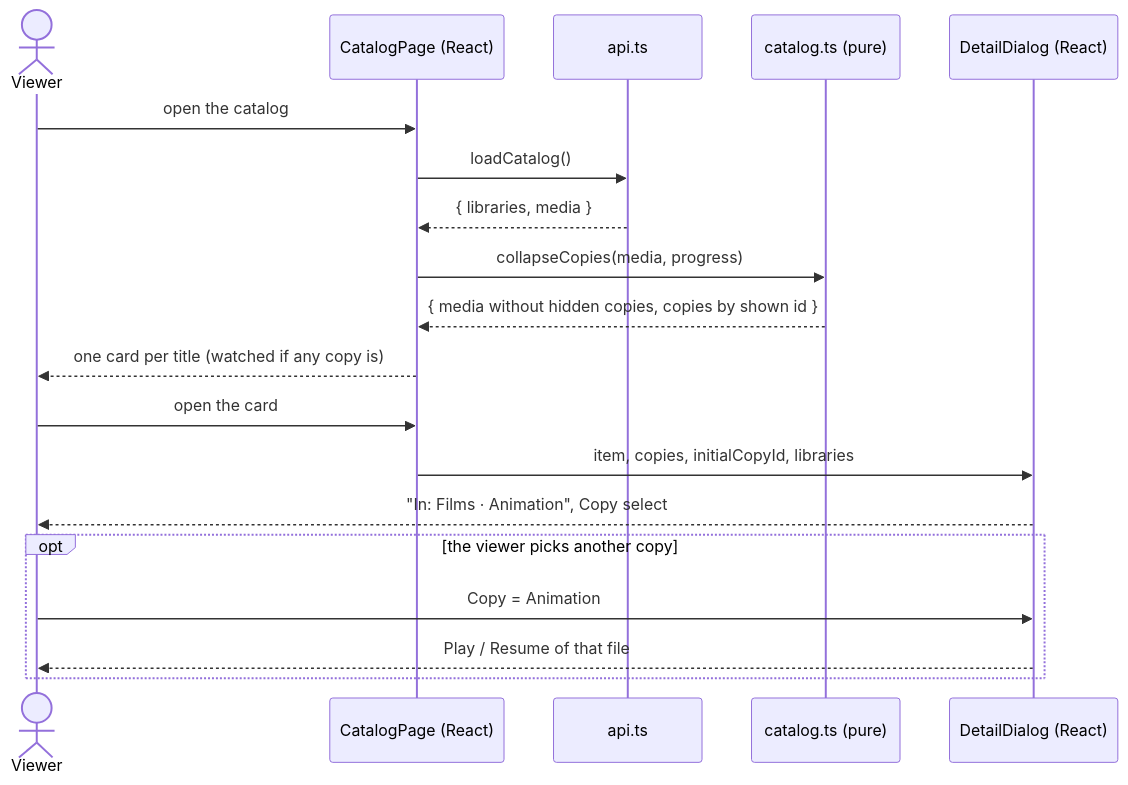
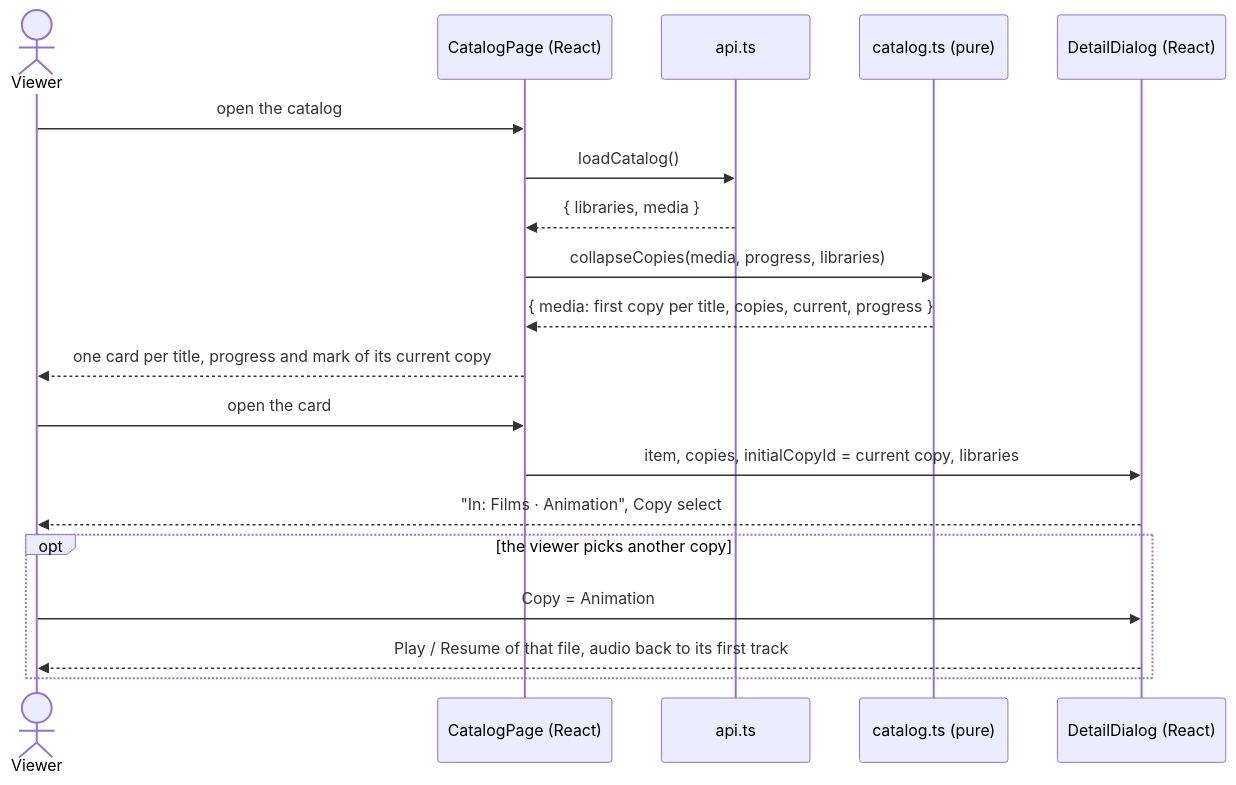
Before and after one commit to benoit-bremaud/popcorntv: the diagram in docs/architecture/diagrams/catalog/08-sequence-duplicate-titles.md, drawn with Mermaid. The commit also changed other lines of this file and 12 other files, not shown here.

````diff
--- a/docs/architecture/diagrams/catalog/08-sequence-duplicate-titles.md
+++ b/docs/architecture/diagrams/catalog/08-sequence-duplicate-titles.md
@@ -10,22 +10,22 @@
 ```mermaid
 sequenceDiagram
   actor Viewer
   participant Page as CatalogPage (React)
   participant Api as api.ts
   participant Cat as catalog.ts (pure)
   participant Dialog as DetailDialog (React)
 
   Viewer->>Page: open the catalog
   Page->>Api: loadCatalog()
   Api-->>Page: { libraries, media }
-  Page->>Cat: collapseCopies(media, progress)
-  Cat-->>Page: { media without hidden copies, copies by shown id }
-  Page-->>Viewer: one card per title (watched if any copy is)
+  Page->>Cat: collapseCopies(media, progress, libraries)
+  Cat-->>Page: { media: first copy per title, copies, current, progress }
+  Page-->>Viewer: one card per title, progress and mark of its current copy
   Viewer->>Page: open the card
-  Page->>Dialog: item, copies, initialCopyId, libraries
+  Page->>Dialog: item, copies, initialCopyId = current copy, libraries
   Dialog-->>Viewer: "In: Films · Animation", Copy select
   opt the viewer picks another copy
     Viewer->>Dialog: Copy = Animation
-    Dialog-->>Viewer: Play / Resume of that file
+    Dialog-->>Viewer: Play / Resume of that file, audio back to its first track
   end
 ```
````
